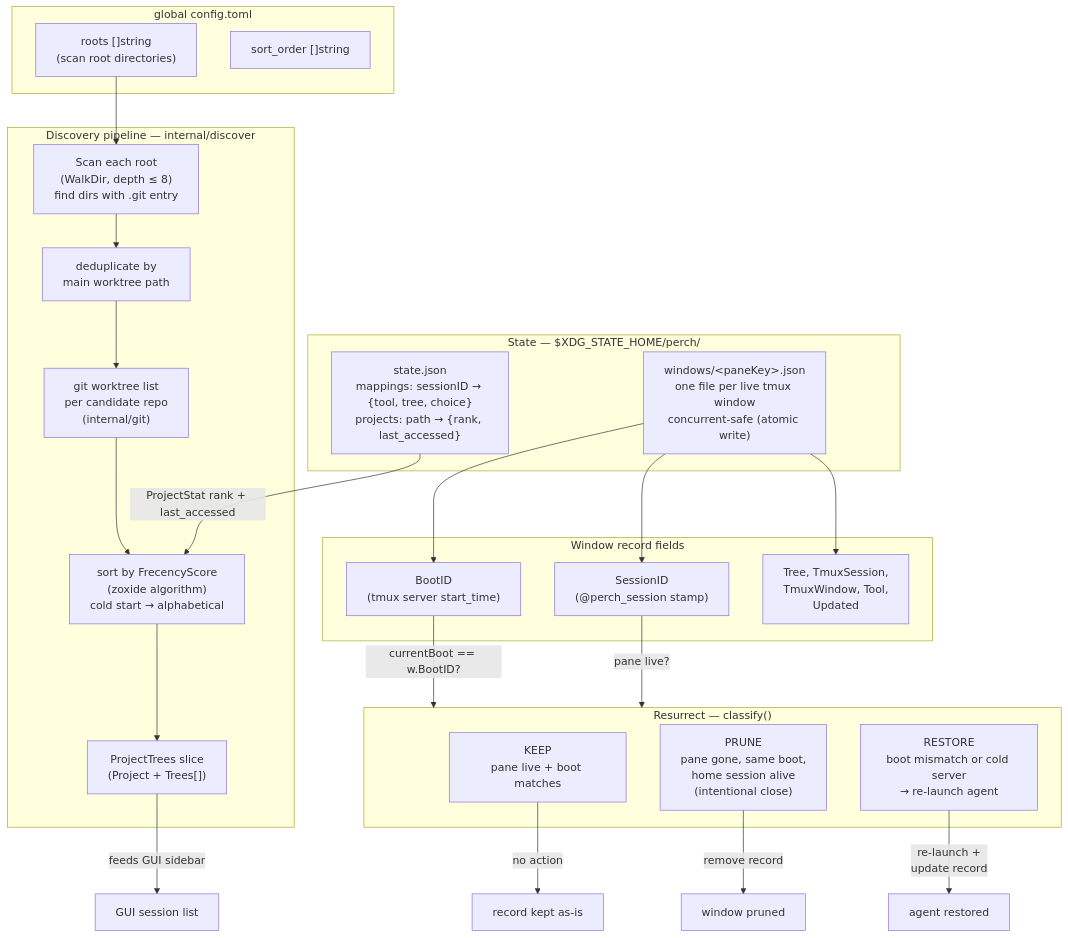
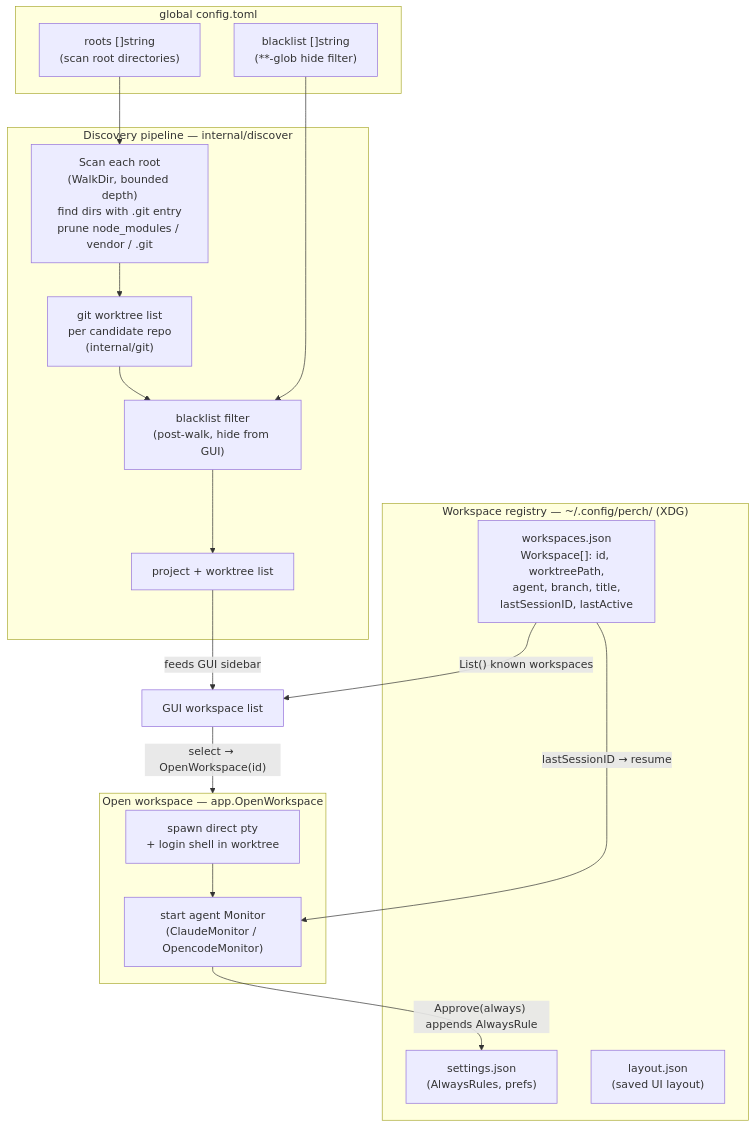
Before and after one commit to miniature-pug/perch: the diagram in docs/diagrams/discovery-state.mmd, drawn with Mermaid. The commit also changed 7 other files, not shown here.

Commit message:
docs: rewrite README + ARCHITECTURE + diagrams for cockpit (direct-pty, Monitor, hooklistener, no tmux)

```diff
--- a/docs/diagrams/discovery-state.mmd
+++ b/docs/diagrams/discovery-state.mmd
@@ -1,49 +1,36 @@
 flowchart TD
     subgraph Config["global config.toml"]
         roots["roots []string\n(scan root directories)"]
-        sort_order["sort_order []string"]
+        blacklist["blacklist []string\n(**-glob hide filter)"]
     end
 
     subgraph DiscoveryPipeline["Discovery pipeline — internal/discover"]
-        scan["Scan each root\n(WalkDir, depth ≤ 8)\nfind dirs with .git entry"]
-        dedup["deduplicate by\nmain worktree path"]
+        scan["Scan each root\n(WalkDir, bounded depth)\nfind dirs with .git entry\nprune node_modules / vendor / .git"]
         worktrees["git worktree list\nper candidate repo\n(internal/git)"]
-        frecency_sort["sort by FrecencyScore\n(zoxide algorithm)\ncold start → alphabetical"]
-        candidates["ProjectTrees slice\n(Project + Trees[])"]
+        filter["blacklist filter\n(post-walk, hide from GUI)"]
+        candidates["project + worktree list"]
     end
 
-    subgraph StateStores["State — $XDG_STATE_HOME/perch/"]
-        statejson["state.json\nmappings: sessionID → {tool, tree, choice}\nprojects: path → {rank, last_accessed}"]
-        windowsdir["windows/&lt;paneKey&gt;.json\none file per live tmux window\nconcurrent-safe (atomic write)"]
+    subgraph Registry["Workspace registry — ~/.config/perch/ (XDG)"]
+        workspacesjson["workspaces.json\nWorkspace[]: id, worktreePath,\nagent, branch, title,\nlastSessionID, lastActive"]
+        settingsjson["settings.json\n(AlwaysRules, prefs)"]
+        layoutjson["layout.json\n(saved UI layout)"]
     end
 
-    subgraph WindowRecord["Window record fields"]
-        bootid["BootID\n(tmux server start_time)"]
-        sessid["SessionID\n(@perch_session stamp)"]
-        treetool["Tree, TmuxSession,\nTmuxWindow, Tool,\nUpdated"]
-    end
-
-    subgraph Resurrect["Resurrect — classify()"]
-        keep["KEEP\npane live + boot matches"]
-        prune["PRUNE\npane gone, same boot,\nhome session alive\n(intentional close)"]
-        restore["RESTORE\nboot mismatch or cold server\n→ re-launch agent"]
+    subgraph Open["Open workspace — app.OpenWorkspace"]
+        ptyspawn["spawn direct pty\n+ login shell in worktree"]
+        monstart["start agent Monitor\n(ClaudeMonitor / OpencodeMonitor)"]
     end
 
     roots --> scan
-    scan --> dedup
-    dedup --> worktrees
-    worktrees --> frecency_sort
-    statejson -->|"ProjectStat rank + last_accessed"| frecency_sort
-    frecency_sort --> candidates
-    candidates -->|"feeds GUI sidebar"| tui_list["GUI session list"]
+    scan --> worktrees
+    worktrees --> filter
+    blacklist --> filter
+    filter --> candidates
+    candidates -->|"feeds GUI sidebar"| gui_list["GUI workspace list"]
 
-    windowsdir --> bootid
-    windowsdir --> sessid
-    windowsdir --> treetool
-
-    bootid -->|"currentBoot == w.BootID?"| Resurrect
-    sessid -->|"pane live?"| Resurrect
-
-    keep -->|"no action"| done_k["record kept as-is"]
-    prune -->|"remove record"| done_p["window pruned"]
-    restore -->|"re-launch +\nupdate record"| done_r["agent restored"]
+    workspacesjson -->|"List() known workspaces"| gui_list
+    gui_list -->|"select → OpenWorkspace(id)"| Open
+    workspacesjson -->|"lastSessionID → resume"| monstart
+    ptyspawn --> monstart
+    monstart -->|"Approve(always) appends AlwaysRule"| settingsjson
```
